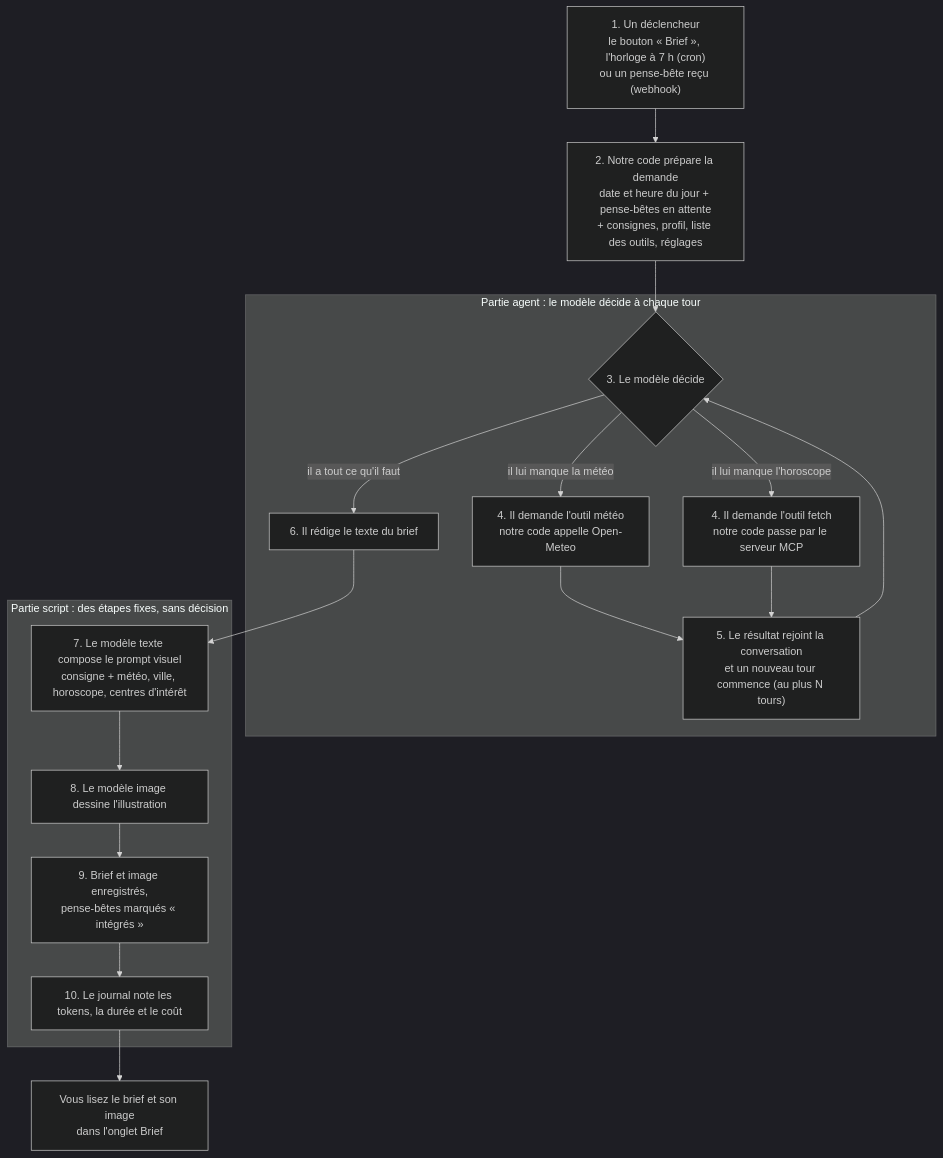
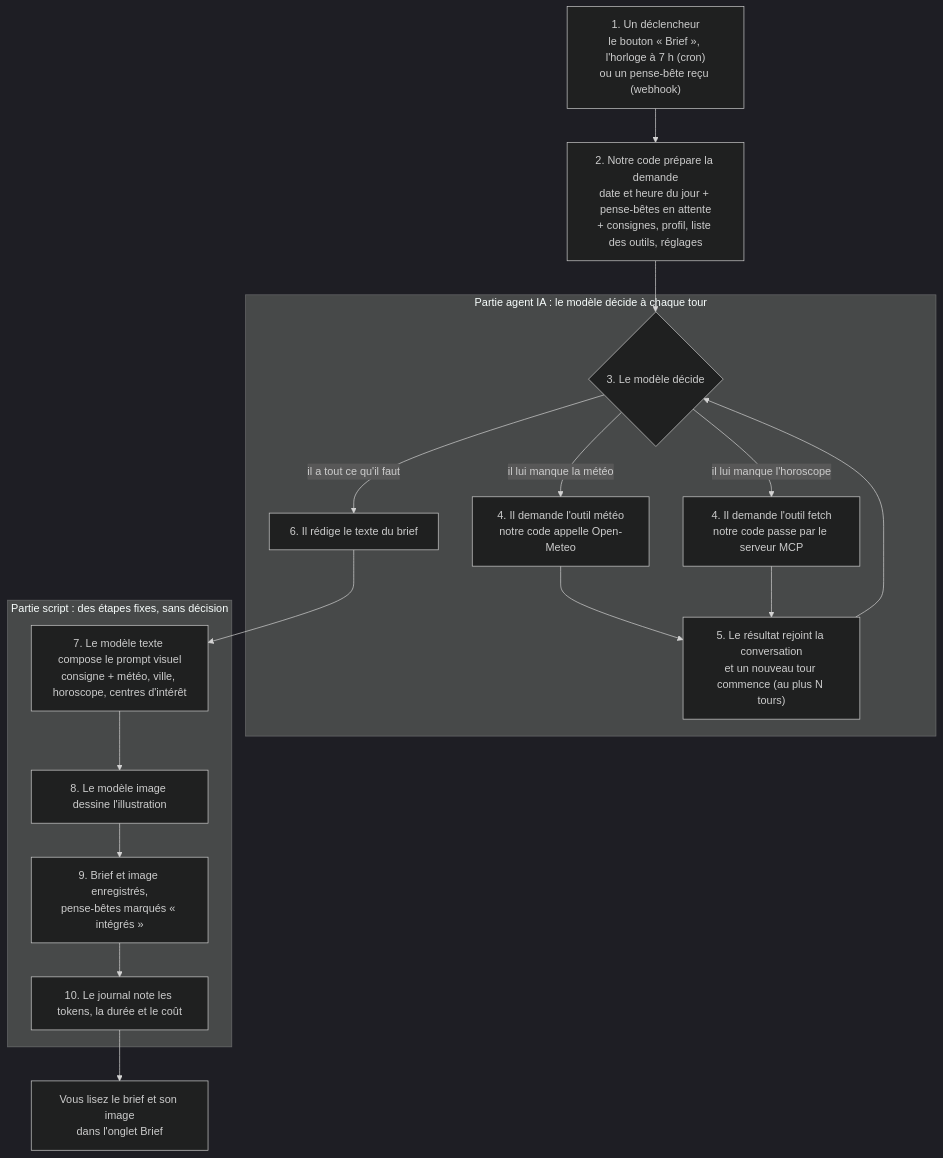
One commit to lecinquiemejour-code/goodvibe-tuto changed the second of 4 diagrams in README.md. Above: the diagram before and after it, drawn with Mermaid (dark theme). The commit also changed other lines of this file, not shown here.

Commit message:
docs(readme): définition de l'agent IA (autonomie, déclencheurs, mémoire) avec schéma de synthèse ; « agent IA » et « agent de codage », jamais « agent » seul

````diff
--- a/README.md
+++ b/README.md
@@ -47,22 +65,22 @@
 ```mermaid
 flowchart TD
     D["1. Un déclencheur<br/>le bouton « Brief », l'horloge à 7 h (cron)<br/>ou un pense-bête reçu (webhook)"] --> P
     P["2. Notre code prépare la demande<br/>date et heure du jour + pense-bêtes en attente<br/>+ consignes, profil, liste des outils, réglages"] --> M
-    subgraph A["Partie agent : le modèle décide à chaque tour"]
+    subgraph A["Partie agent IA : le modèle décide à chaque tour"]
         M{"3. Le modèle décide"}
         M -- "il lui manque la météo" --> O1["4. Il demande l'outil météo<br/>notre code appelle Open-Meteo"]
         M -- "il lui manque l'horoscope" --> O2["4. Il demande l'outil fetch<br/>notre code passe par le serveur MCP"]
         O1 --> R["5. Le résultat rejoint la conversation<br/>et un nouveau tour commence (au plus N tours)"]
         O2 --> R
         R --> M
         M -- "il a tout ce qu'il faut" --> T["6. Il rédige le texte du brief"]
     end
     T --> I1
     subgraph S["Partie script : des étapes fixes, sans décision"]
         I1["7. Le modèle texte compose le prompt visuel<br/>consigne + météo, ville, horoscope, centres d'intérêt"]
         I1 --> I2["8. Le modèle image dessine l'illustration"]
         I2 --> E["9. Brief et image enregistrés,<br/>pense-bêtes marqués « intégrés »"]
         E --> J["10. Le journal note les tokens, la durée et le coût"]
     end
     J --> V["Vous lisez le brief et son image<br/>dans l'onglet Brief"]
 ```
````
